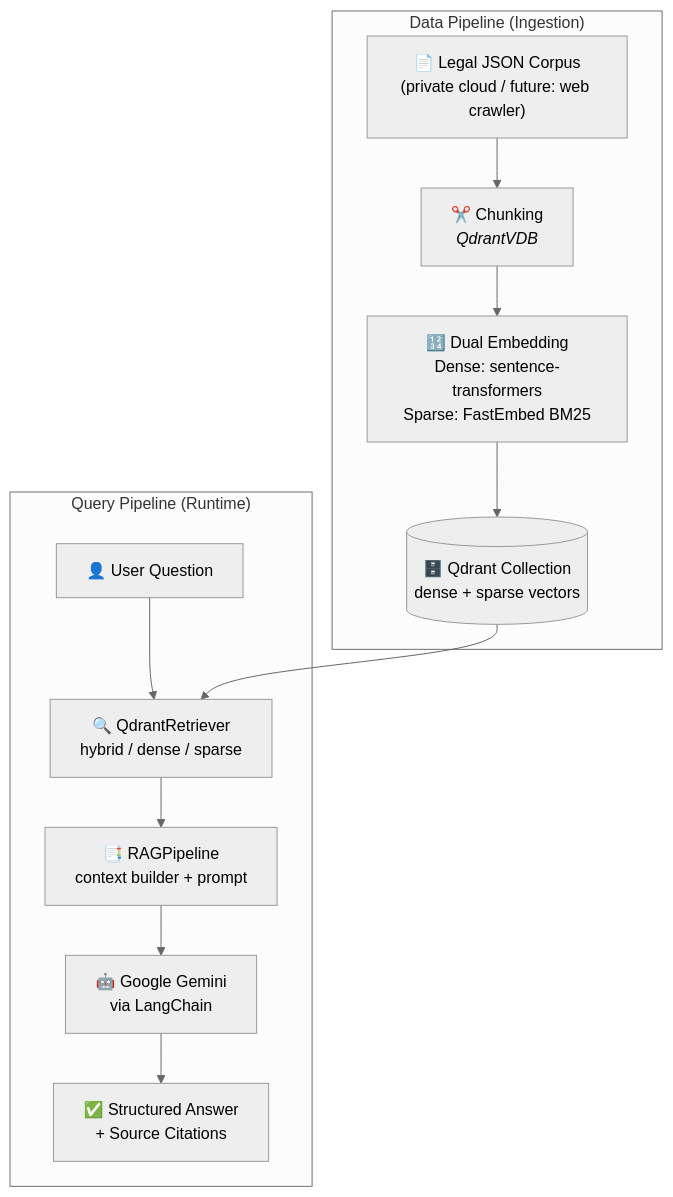
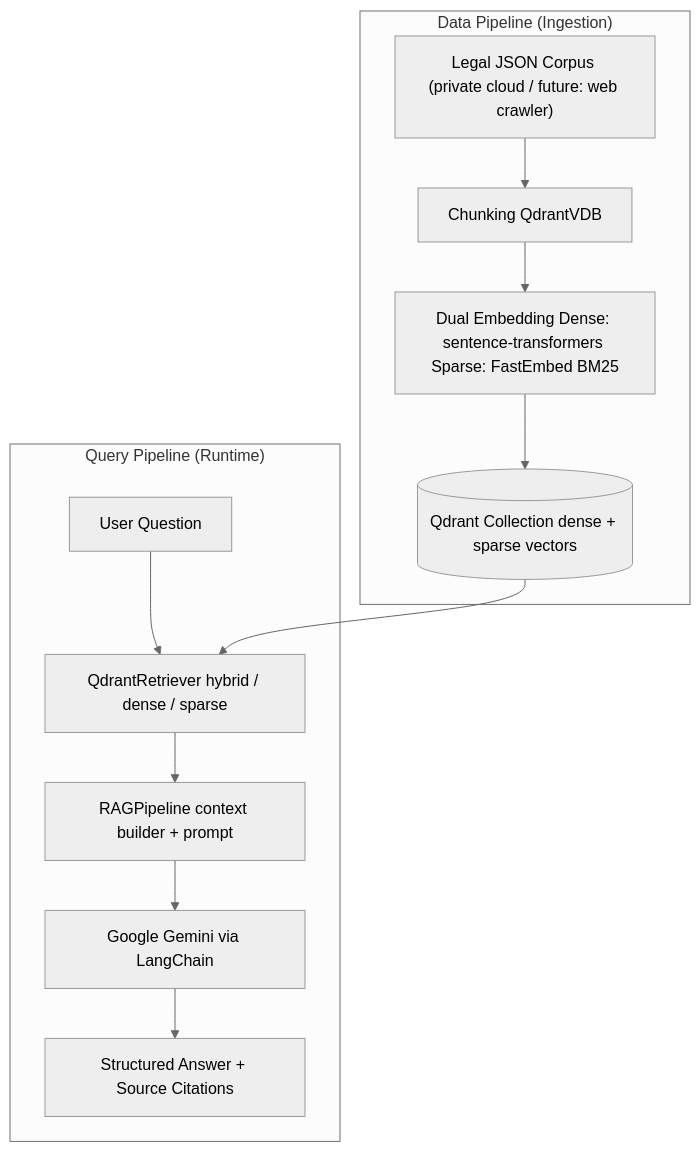
Before and after one commit to PandaNguyen/RAG_LAW_VN: the diagram in README.md, drawn with Mermaid (neutral theme). The commit also changed other lines of this file and 1 other file, not shown here.

Commit message:
feat: Introduce QdrantRetriever for hybrid search and refine README documentation for clarity and project structure.

````diff
--- a/README.md
+++ b/README.md
@@ -33,21 +33,21 @@
 ```mermaid
 flowchart TD
     subgraph DATA["Data Pipeline (Ingestion)"]
-        A["📄 Legal JSON Corpus\n(private cloud / future: web crawler)"]
-        B["✂️ Chunking\n<i>QdrantVDB</i>"]
-        C["🔢 Dual Embedding\nDense: sentence-transformers\nSparse: FastEmbed BM25"]
-        D[("🗄️ Qdrant Collection\ndense + sparse vectors")]
+        A["Legal JSON Corpus (private cloud / future: web crawler)"]
+        B["Chunking QdrantVDB"]
+        C["Dual Embedding Dense: sentence-transformers Sparse: FastEmbed BM25"]
+        D[("Qdrant Collection dense + sparse vectors")]
         A --> B --> C --> D
     end
 
     subgraph QUERY["Query Pipeline (Runtime)"]
-        E["👤 User Question"]
-        F["🔍 QdrantRetriever\nhybrid / dense / sparse"]
-        G["📑 RAGPipeline\ncontext builder + prompt"]
-        H["🤖 Google Gemini\nvia LangChain"]
-        I["✅ Structured Answer\n+ Source Citations"]
+        E["User Question"]
+        F["QdrantRetriever hybrid / dense / sparse"]
+        G["RAGPipeline context builder + prompt"]
+        H["Google Gemini via LangChain"]
+        I["Structured Answer + Source Citations"]
         E --> F --> G --> H --> I
     end
 
     D --> F
 ```
````
